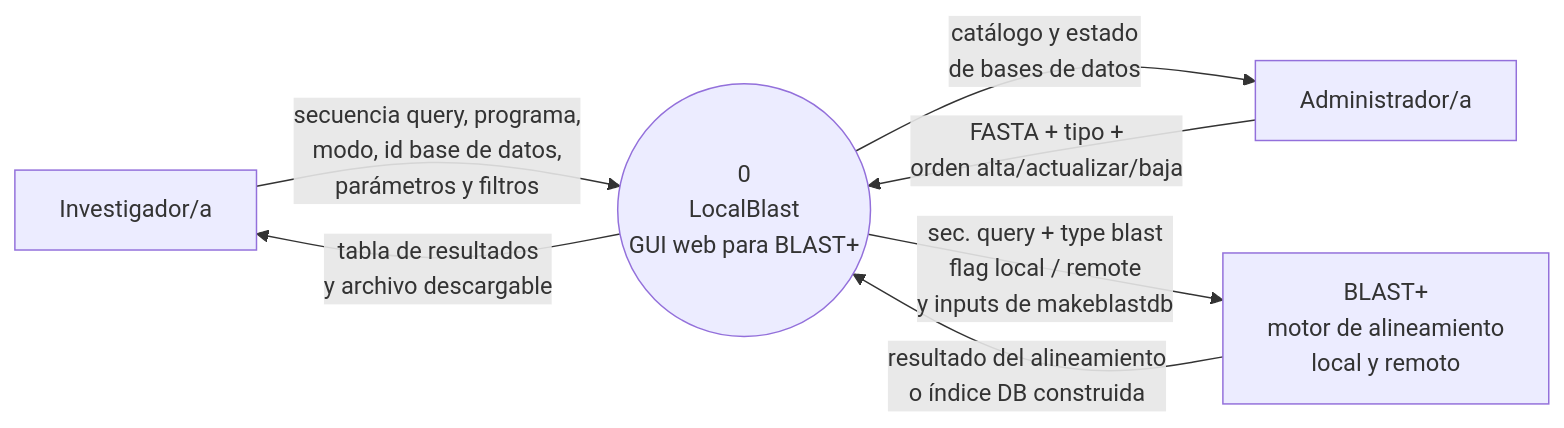
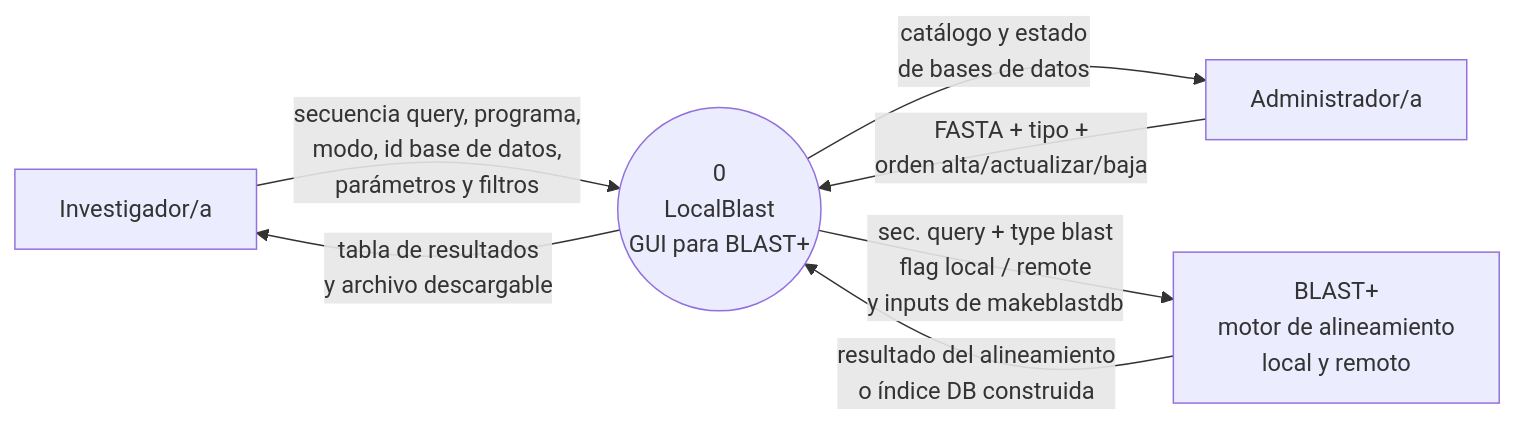
One commit to AgustinGaitan2/LocalBlast_2026 changed the first of 2 diagrams in docs/architecture/contexto-inicial.md. Above: the diagram before and after it, drawn with Mermaid.

Commit message:
docs: corrige nombre del proceso 0 de diagrama de contexto nivel 0
Aún no se han tomado decisiones arquitectónicas justificadas sobre que tipo de interfaz usará el sistema

````diff
--- a/docs/architecture/contexto-inicial.md
+++ b/docs/architecture/contexto-inicial.md
@@ -5,18 +5,18 @@
 ```mermaid
 flowchart LR
     INV[Investigador/a]
 
-    P((0<br/>LocalBlast<br/>GUI web para BLAST+))
+    P((0<br/>LocalBlast<br/>GUI para BLAST+))
 
     ADM[Administrador/a]
     BLAST[BLAST+<br/>motor de alineamiento<br/>local y remoto]
 
     INV -->|secuencia query, programa,<br/>modo, id base de datos,<br/>parámetros y filtros| P
     P -->|tabla de resultados<br/>y archivo descargable| INV
 
     ADM -->|FASTA + tipo +<br/>orden alta/actualizar/baja| P
     P -->|catálogo y estado<br/>de bases de datos| ADM
 
     P -->| sec. query + type blast<br/>flag local / remote<br/>y inputs de makeblastdb| BLAST
     BLAST -->|resultado del alineamiento<br/>o índice DB construida| P
 ```
````
